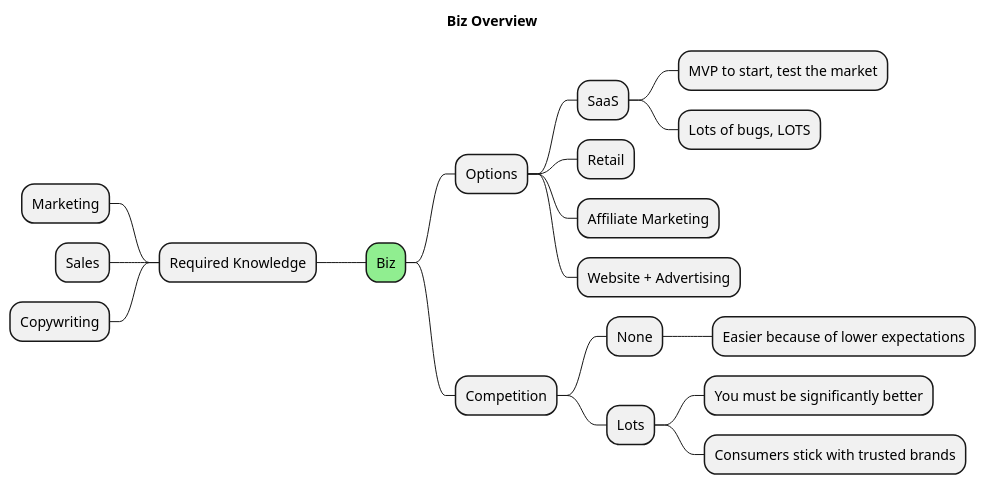
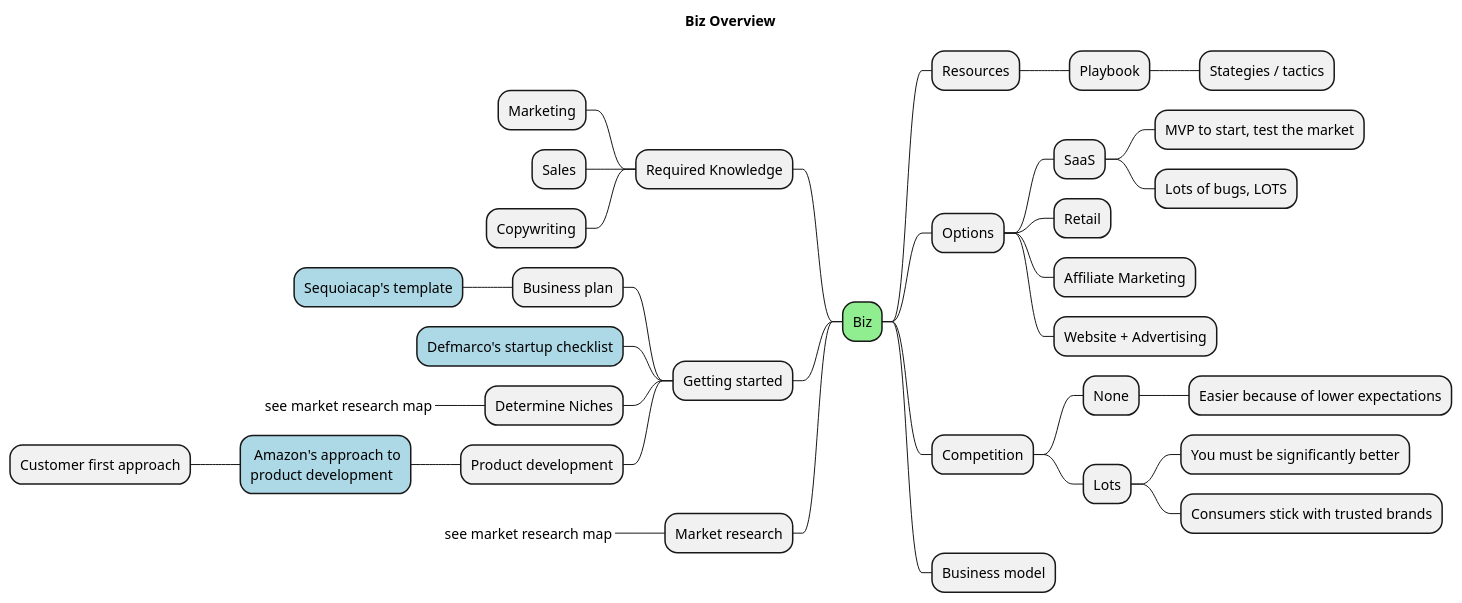
The diagram in biz/mindmaps/overview.puml (0b10/notes), drawn with PlantUML before and after one commit.

Commit message:
mindmap(biz): add setions to overview

```diff
--- a/biz/mindmaps/overview.puml
+++ b/biz/mindmaps/overview.puml
@@ -1,24 +1,54 @@
 @startmindmap
 
 title Biz Overview
 
 *[#lightgreen] Biz
-++ Options
-+++ SaaS
-++++ MVP to start, test the market
-++++ Lots of bugs, LOTS
-+++ Retail
-+++ Affiliate Marketing
-+++ Website + Advertising
--- Required Knowledge
---- Marketing
---- Sales
---- Copywriting
-++ Competition
-+++ None
-++++ Easier because of lower expectations
-+++ Lots
-++++ You must be significantly better
-++++ Consumers stick with trusted brands
+
+** Resources
+*** Playbook
+**** Stategies / tactics
+
+' OPTIONS '
+** Options
+*** SaaS
+**** MVP to start, test the market
+**** Lots of bugs, LOTS
+*** Retail
+*** Affiliate Marketing
+*** Website + Advertising
+
+' COMPETITION '
+** Competition
+*** None
+**** Easier because of lower expectations
+*** Lots
+**** You must be significantly better
+**** Consumers stick with trusted brands
+
+' BUSINESS MODEL '
+** Business model
+
+left side
+
+' REQUIRED KNOWLEDGE '
+** Required Knowledge
+*** Marketing
+*** Sales
+*** Copywriting
+
+' GETTING STARTED '
+** Getting started
+*** Business plan
+****[#lightblue] Sequoiacap's template
+***[#lightblue] Defmarco's startup checklist
+*** Determine Niches
+****_ see market research map
+*** Product development
+****[#lightblue]: Amazon's approach to
+product development;
+***** Customer first approach
+
+** Market research
+***_ see market research map
 
 @endmindmap
```
